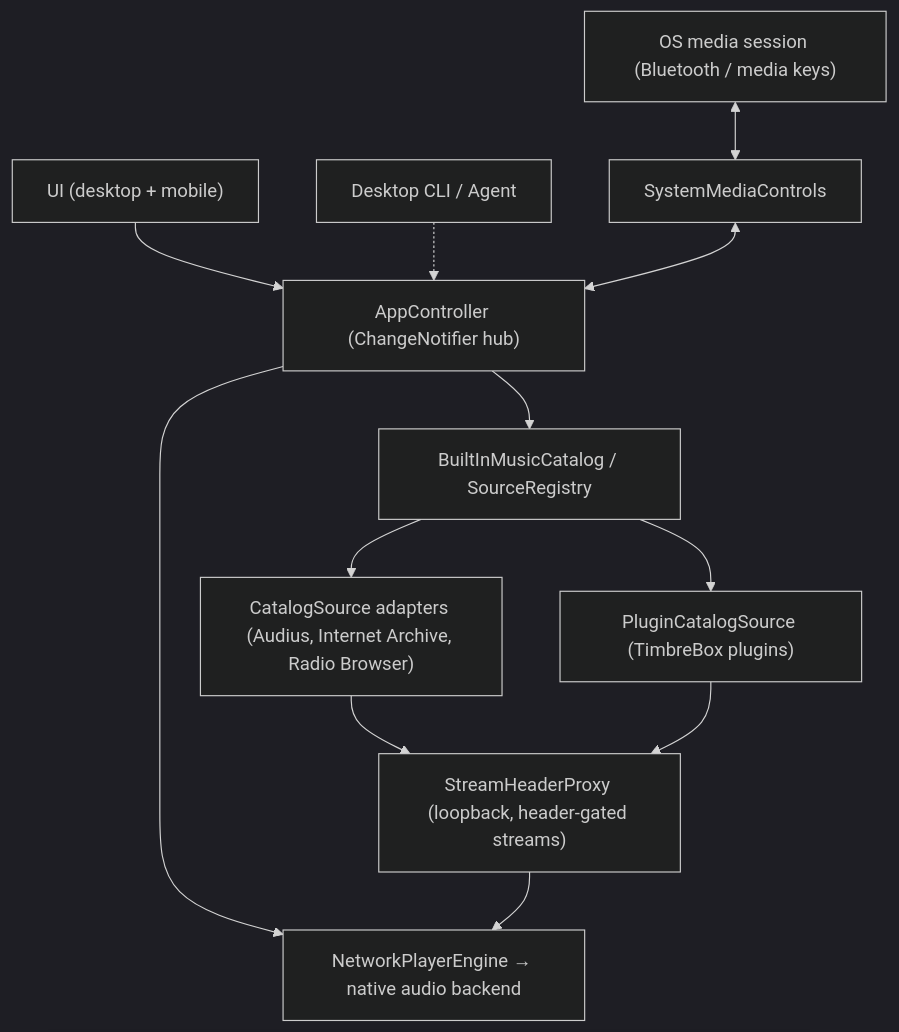
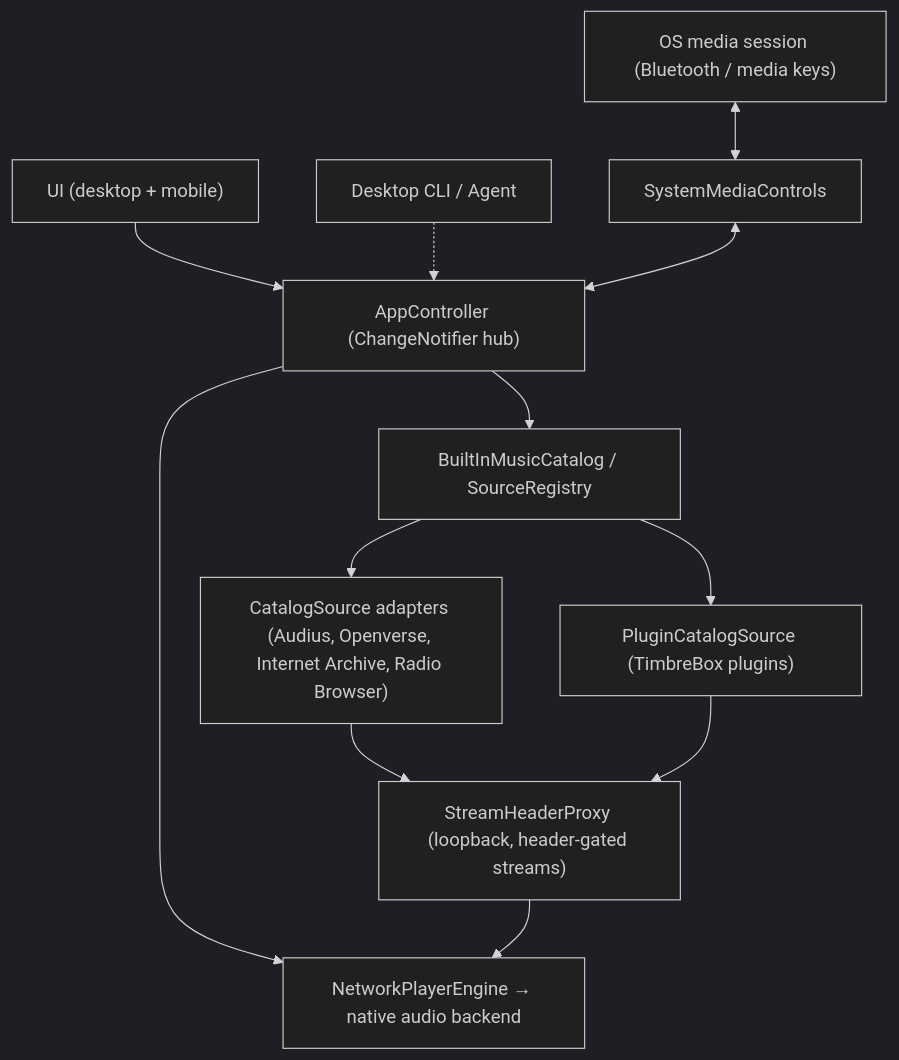
The diagram in README.md (weikxs/timbrebox), drawn with Mermaid (dark theme) before and after one commit. The commit also changed other lines of this file and 12 other files, not shown here.

````diff
--- a/README.md
+++ b/README.md
@@ -150,14 +151,14 @@
 ```mermaid
 flowchart TD
     UI["UI (desktop + mobile)"] --> APP["AppController (ChangeNotifier hub)"]
     CLI["Desktop CLI / Agent"] -.-> APP
     OS["OS media session (Bluetooth / media keys)"] <--> SMC["SystemMediaControls"]
     SMC <--> APP
     APP --> ENGINE["NetworkPlayerEngine → native audio backend"]
     APP --> CATALOG["BuiltInMusicCatalog / SourceRegistry"]
-    CATALOG --> SRC["CatalogSource adapters (Audius, Internet Archive, Radio Browser)"]
+    CATALOG --> SRC["CatalogSource adapters (Audius, Openverse, Internet Archive, Radio Browser)"]
     CATALOG --> PLUG["PluginCatalogSource (TimbreBox plugins)"]
     SRC --> PROXY["StreamHeaderProxy (loopback, header-gated streams)"]
     PLUG --> PROXY
     PROXY --> ENGINE
 ```
````
